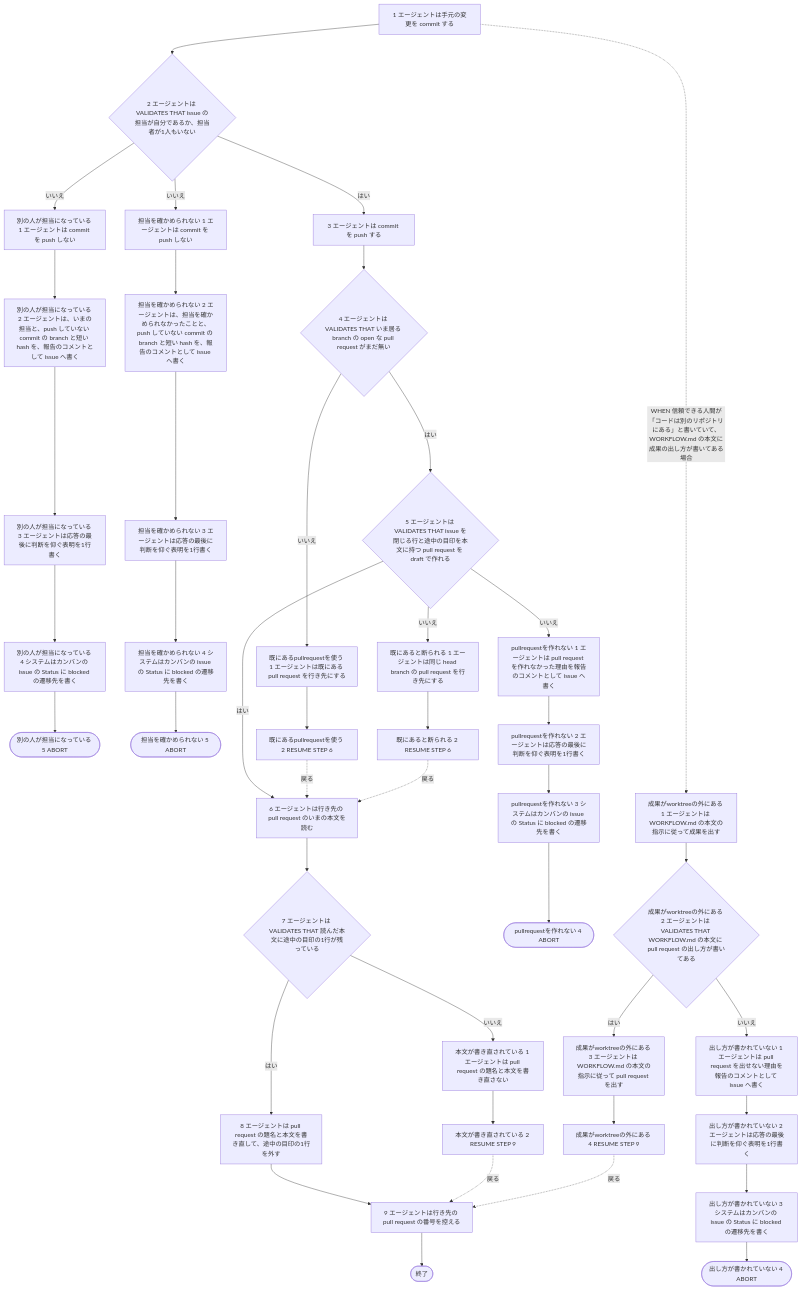
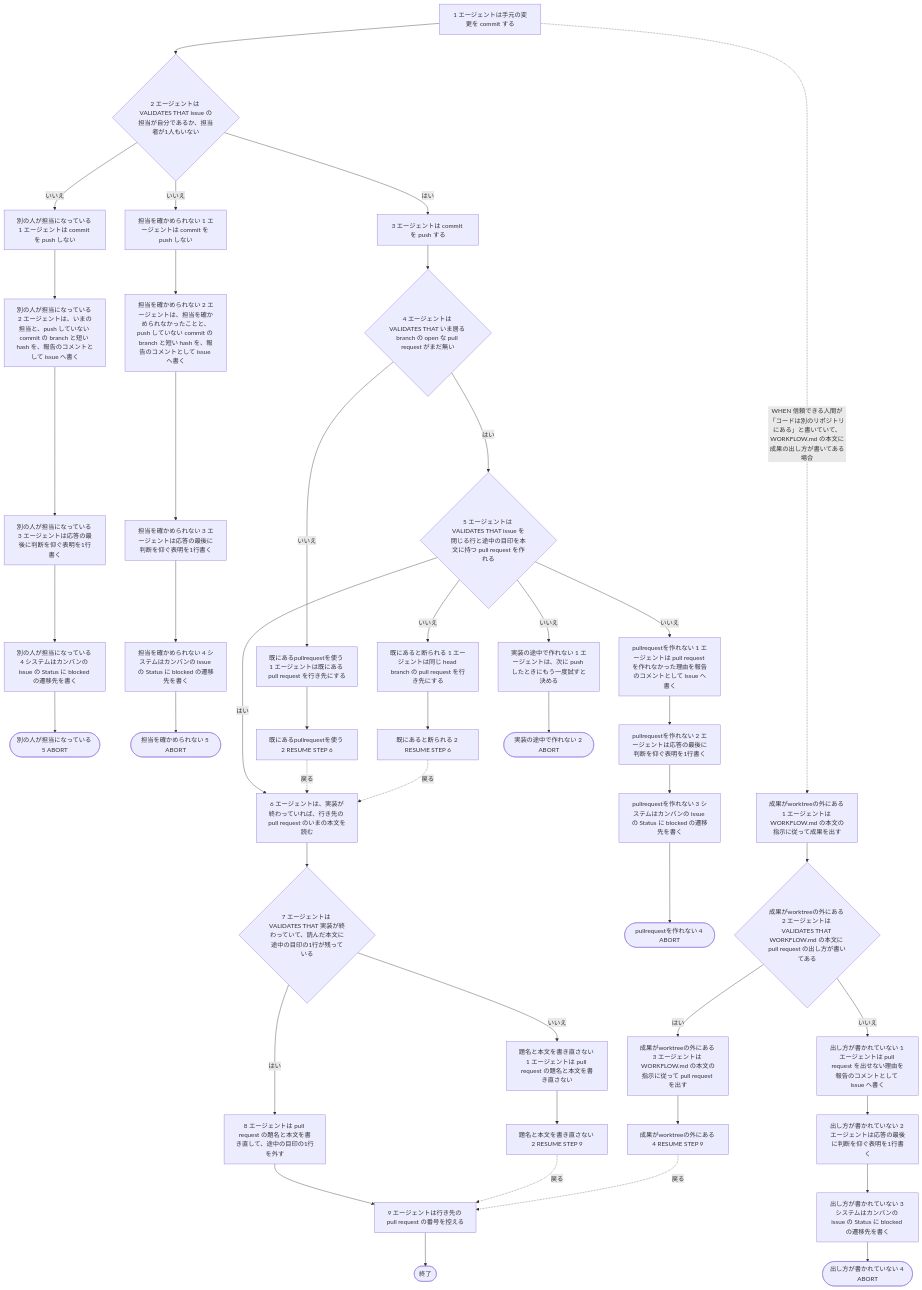
One commit to maimuzo/continuo changed the second of 2 diagrams in docs/spec/usecases/particular_case/成果をpushしてpullrequestを出す.rucm.md. Above: the diagram before and after it, drawn with Mermaid. The commit also changed other lines of this file and 9 other files, not shown here.

Commit message:
実装レビュー1周目の指摘を直す 別のリポジトリへ出した pull request の書き直しに --repo の断りを足し 設計文書の古い4か所と対応しないときの draft の扱いとページを指定した読み直し方を直す

````diff
--- a/docs/spec/usecases/particular_case/成果をpushしてpullrequestを出す.rucm.md
+++ b/docs/spec/usecases/particular_case/成果をpushしてpullrequestを出す.rucm.md
@@ -196,9 +225,9 @@
     BS2{"2 エージェントは VALIDATES THAT issue の担当が自分であるか、担当者が1人もいない"}
     BS3["3 エージェントは commit を push する"]
     BS4{"4 エージェントは VALIDATES THAT いま居る branch の open な pull request がまだ無い"}
-    BS5{"5 エージェントは VALIDATES THAT issue を閉じる行と途中の目印を本文に持つ pull request を draft で作れる"}
-    BS6["6 エージェントは行き先の pull request のいまの本文を読む"]
-    BS7{"7 エージェントは VALIDATES THAT 読んだ本文に途中の目印の1行が残っている"}
+    BS5{"5 エージェントは VALIDATES THAT issue を閉じる行と途中の目印を本文に持つ pull request を作れる"}
+    BS6["6 エージェントは、実装が終わっていれば、行き先の pull request のいまの本文を読む"]
+    BS7{"7 エージェントは VALIDATES THAT 実装が終わっていて、読んだ本文に途中の目印の1行が残っている"}
     BS8["8 エージェントは pull request の題名と本文を書き直して、途中の目印の1行を外す"]
     BS9["9 エージェントは行き先の pull request の番号を控える"]
     A1S1["別の人が担当になっている 1 エージェントは commit を push しない"]
@@ -219,18 +248,20 @@
     A5S2["pullrequestを作れない 2 エージェントは応答の最後に判断を仰ぐ表明を1行書く"]
     A5S3["pullrequestを作れない 3 システムはカンバンの issue の Status に blocked の遷移先を書く"]
     A5S4(["pullrequestを作れない 4 ABORT"])
-    A6S1["本文が書き直されている 1 エージェントは pull request の題名と本文を書き直さない"]
-    A6S2["本文が書き直されている 2 RESUME STEP 9"]
-    A7S1["成果がworktreeの外にある 1 エージェントは WORKFLOW.md の本文の指示に従って成果を出す"]
-    A7S2{"成果がworktreeの外にある 2 エージェントは VALIDATES THAT WORKFLOW.md の本文に pull request の出し方が書いてある"}
-    A7S3["成果がworktreeの外にある 3 エージェントは WORKFLOW.md の本文の指示に従って pull request を出す"]
-    A7S4["成果がworktreeの外にある 4 RESUME STEP 9"]
-    A8S1["出し方が書かれていない 1 エージェントは pull request を出せない理由を報告のコメントとして issue へ書く"]
-    A8S2["出し方が書かれていない 2 エージェントは応答の最後に判断を仰ぐ表明を1行書く"]
-    A8S3["出し方が書かれていない 3 システムはカンバンの issue の Status に blocked の遷移先を書く"]
-    A8S4(["出し方が書かれていない 4 ABORT"])
+    A6S1["実装の途中で作れない 1 エージェントは、次に push したときにもう一度試すと決める"]
+    A6S2(["実装の途中で作れない 2 ABORT"])
+    A7S1["題名と本文を書き直さない 1 エージェントは pull request の題名と本文を書き直さない"]
+    A7S2["題名と本文を書き直さない 2 RESUME STEP 9"]
+    A8S1["成果がworktreeの外にある 1 エージェントは WORKFLOW.md の本文の指示に従って成果を出す"]
+    A8S2{"成果がworktreeの外にある 2 エージェントは VALIDATES THAT WORKFLOW.md の本文に pull request の出し方が書いてある"}
+    A8S3["成果がworktreeの外にある 3 エージェントは WORKFLOW.md の本文の指示に従って pull request を出す"]
+    A8S4["成果がworktreeの外にある 4 RESUME STEP 9"]
+    A9S1["出し方が書かれていない 1 エージェントは pull request を出せない理由を報告のコメントとして issue へ書く"]
+    A9S2["出し方が書かれていない 2 エージェントは応答の最後に判断を仰ぐ表明を1行書く"]
+    A9S3["出し方が書かれていない 3 システムはカンバンの issue の Status に blocked の遷移先を書く"]
+    A9S4(["出し方が書かれていない 4 ABORT"])
     BS1 --> BS2
-    BS1 -. "WHEN 信頼できる人間が「コードは別のリポジトリにある」と書いていて、WORKFLOW.md の本文に成果の出し方が書いてある場合" .-> A7S1
+    BS1 -. "WHEN 信頼できる人間が「コードは別のリポジトリにある」と書いていて、WORKFLOW.md の本文に成果の出し方が書いてある場合" .-> A8S1
     BS2 -- はい --> BS3
     BS2 -- いいえ --> A1S1
     BS2 -- いいえ --> A2S1
@@ -240,9 +271,10 @@
     BS5 -- はい --> BS6
     BS5 -- いいえ --> A4S1
     BS5 -- いいえ --> A5S1
+    BS5 -- いいえ --> A6S1
     BS6 --> BS7
     BS7 -- はい --> BS8
-    BS7 -- いいえ --> A6S1
+    BS7 -- いいえ --> A7S1
     BS8 --> BS9
     A1S1 --> A1S2
     A1S2 --> A1S3
@@ -260,14 +292,15 @@
     A5S2 --> A5S3
     A5S3 --> A5S4
     A6S1 --> A6S2
-    A6S2 -. "戻る" .-> BS9
     A7S1 --> A7S2
-    A7S2 -- はい --> A7S3
-    A7S2 -- いいえ --> A8S1
-    A7S3 --> A7S4
-    A7S4 -. "戻る" .-> BS9
+    A7S2 -. "戻る" .-> BS9
     A8S1 --> A8S2
-    A8S2 --> A8S3
+    A8S2 -- はい --> A8S3
+    A8S2 -- いいえ --> A9S1
     A8S3 --> A8S4
+    A8S4 -. "戻る" .-> BS9
+    A9S1 --> A9S2
+    A9S2 --> A9S3
+    A9S3 --> A9S4
     BS9 --> END(["終了"])
 ```
````
